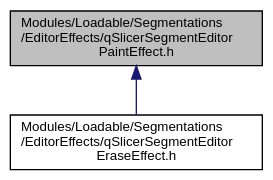
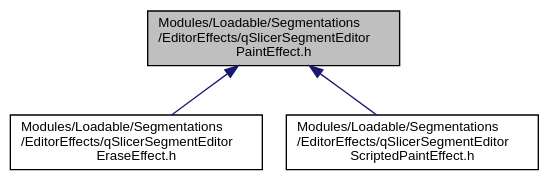
Before and after one commit to jamesobutler/apidocs.slicer.org: the diagram in master/qSlicerSegmentEditorPaintEffect_8h__dep__incl.dot, drawn with Graphviz. The commit also changed 4823 other files, not shown here.

```diff
--- a/master/qSlicerSegmentEditorPaintEffect_8h__dep__incl.dot
+++ b/master/qSlicerSegmentEditorPaintEffect_8h__dep__incl.dot
@@ -1,9 +1,11 @@
 digraph "Modules/Loadable/Segmentations/EditorEffects/qSlicerSegmentEditorPaintEffect.h"
 {
   bgcolor="transparent";
   edge [fontname="Helvetica",fontsize="10",labelfontname="Helvetica",labelfontsize="10"];
   node [fontname="Helvetica",fontsize="10",shape=record];
   Node9 [label="Modules/Loadable/Segmentations\l/EditorEffects/qSlicerSegmentEditor\lPaintEffect.h",height=0.2,width=0.4,color="black", fillcolor="grey75", style="filled", fontcolor="black"];
   Node9 -> Node10 [dir="back",color="midnightblue",fontsize="10",style="solid",fontname="Helvetica"];
   Node10 [label="Modules/Loadable/Segmentations\l/EditorEffects/qSlicerSegmentEditor\lEraseEffect.h",height=0.2,width=0.4,color="black",URL="$qSlicerSegmentEditorEraseEffect_8h.html"];
+  Node9 -> Node11 [dir="back",color="midnightblue",fontsize="10",style="solid",fontname="Helvetica"];
+  Node11 [label="Modules/Loadable/Segmentations\l/EditorEffects/qSlicerSegmentEditor\lScriptedPaintEffect.h",height=0.2,width=0.4,color="black",URL="$qSlicerSegmentEditorScriptedPaintEffect_8h.html"];
 }
```
